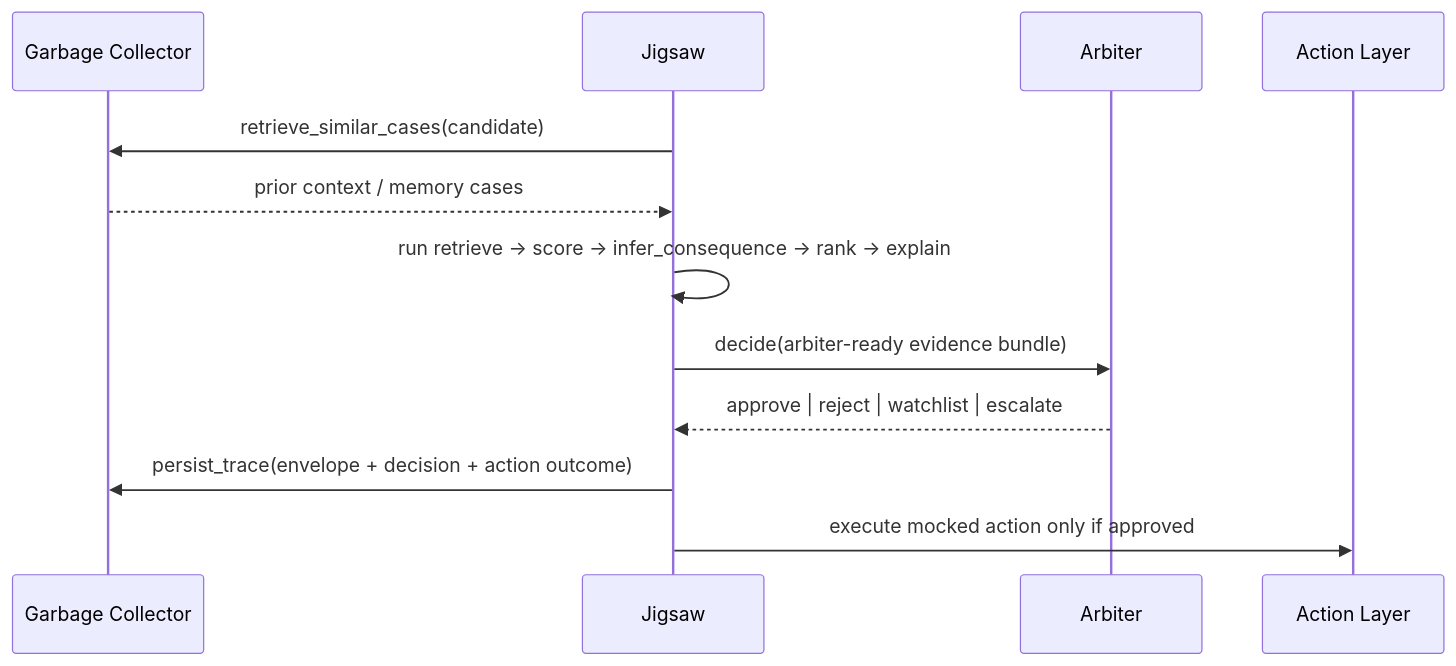
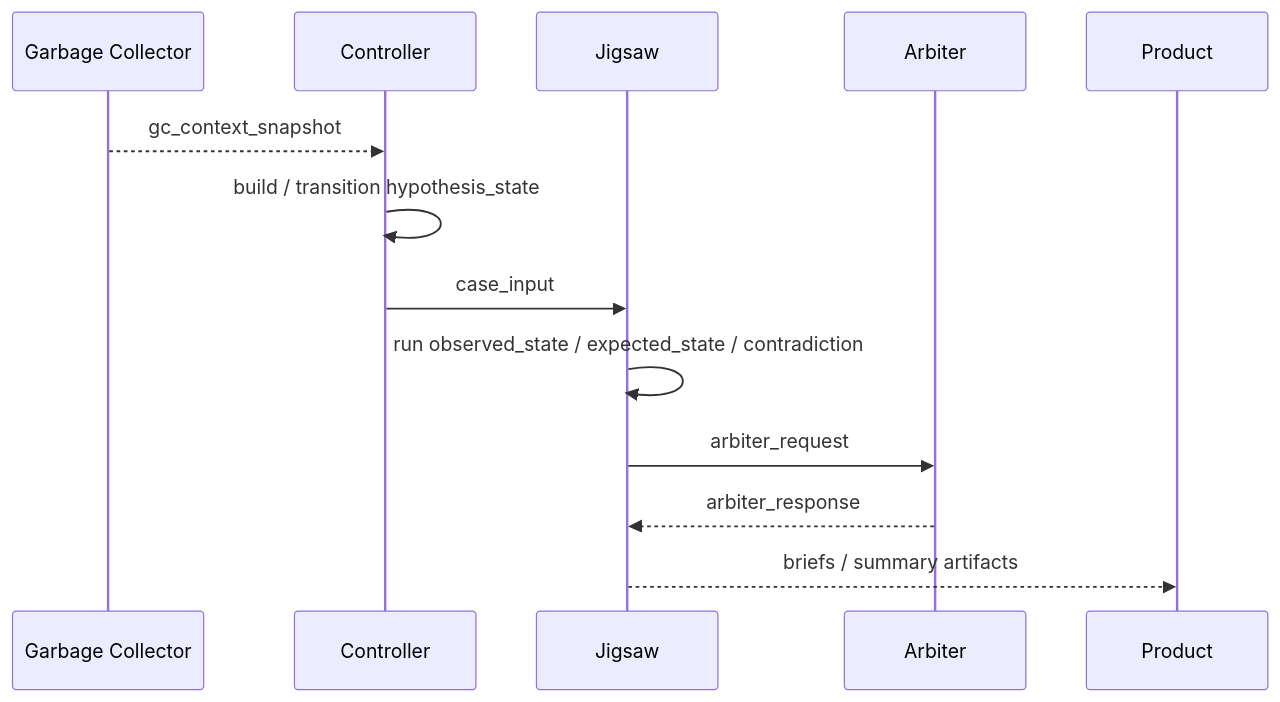
Before and after one commit to BytemasterWez/Jigsaw: the second of 2 diagrams in FRAMEWORK_OVERVIEW.md, drawn with Mermaid. The commit also changed other lines of this file and 6 other files, not shown here.

Commit message:
docs: refresh public architecture overview

````diff
--- a/FRAMEWORK_OVERVIEW.md
+++ b/FRAMEWORK_OVERVIEW.md
@@ -77,15 +69,16 @@
 ```mermaid
 sequenceDiagram
     participant GC as Garbage Collector
+    participant C as Controller
     participant J as Jigsaw
     participant A as Arbiter
-    participant X as Action Layer
+    participant P as Product
 
-    J->>GC: retrieve_similar_cases(candidate)
-    GC-->>J: prior context / memory cases
-    J->>J: run retrieve -> score -> infer_consequence -> rank -> explain
-    J->>A: decide(arbiter-ready evidence bundle)
-    A-->>J: approve | reject | watchlist | escalate
-    J->>GC: persist_trace(envelope + decision + action outcome)
-    J->>X: execute mocked action only if approved
+    GC-->>C: gc_context_snapshot
+    C->>C: build / transition hypothesis_state
+    C->>J: case_input
+    J->>J: run observed_state / expected_state / contradiction
+    J->>A: arbiter_request
+    A-->>J: arbiter_response
+    J-->>P: briefs / summary artifacts
 ```
````
